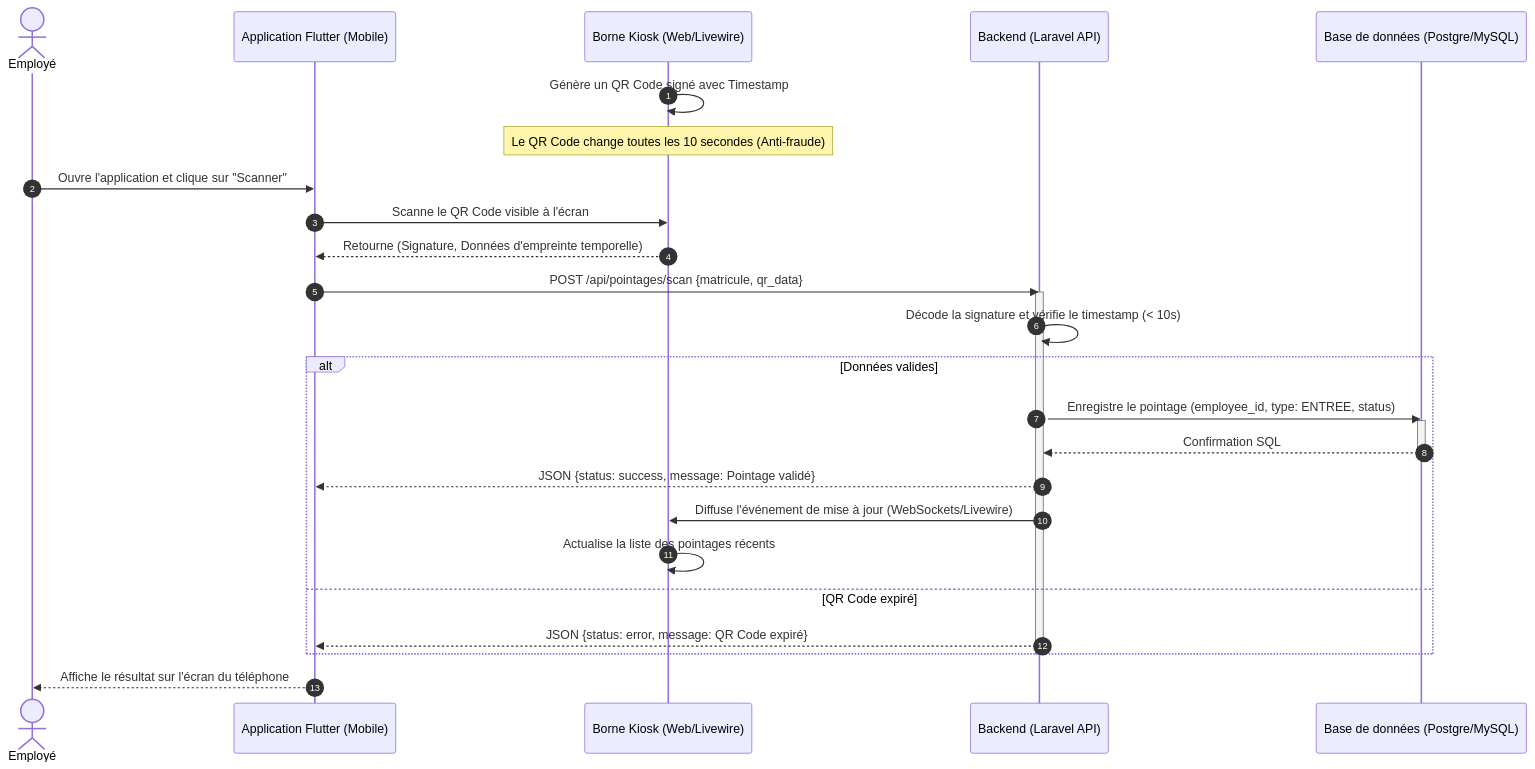
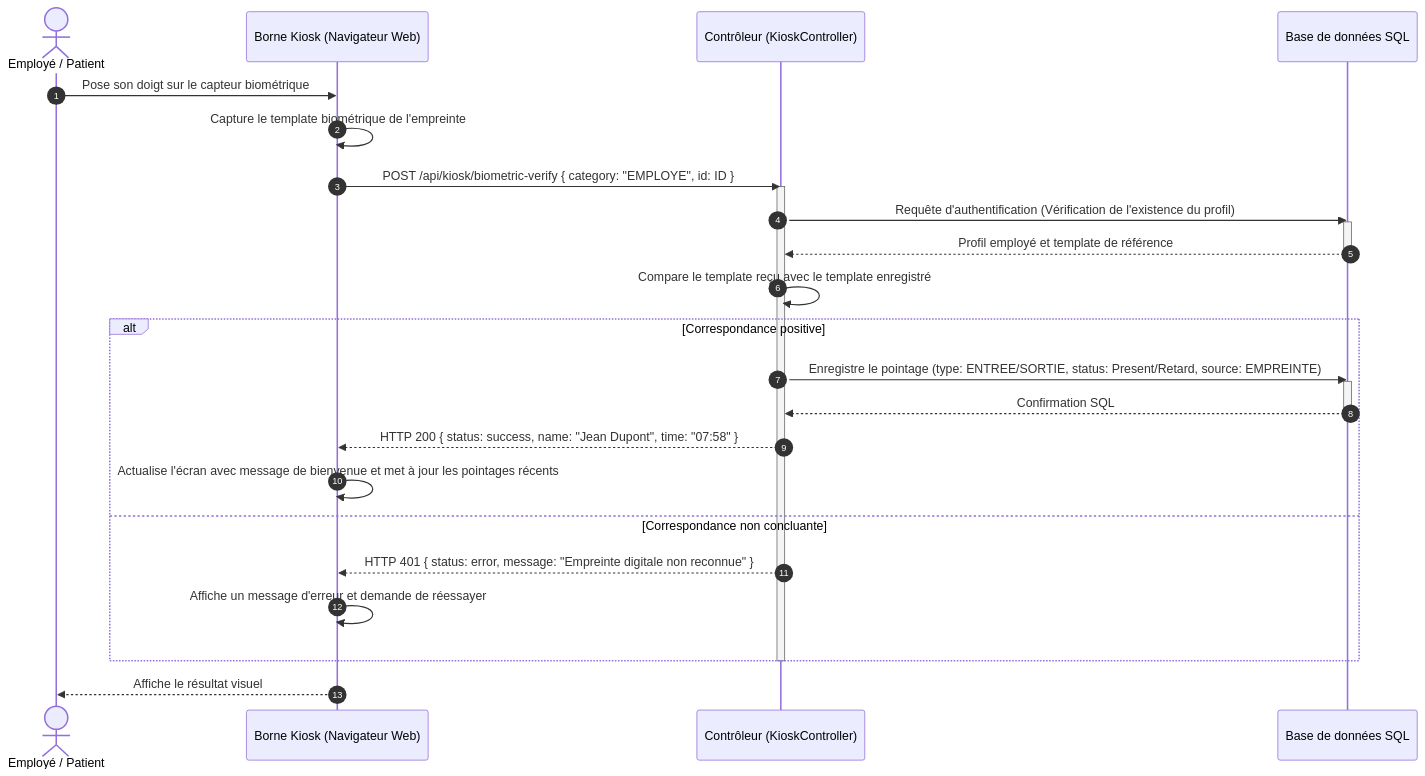
Before and after one commit to Evrad15/C.H.R.A.C.E.R.H: the third of 14 diagrams in rapport_de_stage_diagrammes.md, drawn with Mermaid. The commit also changed other lines of this file and 19 other files, not shown here.

Commit message:
docs: update project README and documentation with comprehensive architectural diagrams and feature specifications

````diff
--- a/rapport_de_stage_diagrammes.md
+++ b/rapport_de_stage_diagrammes.md
@@ -104,32 +112,34 @@
 ```mermaid
 sequenceDiagram
     autonumber
-    actor Employe as Employé
-    participant Mobile as Application Flutter (Mobile)
-    participant Kiosk as Borne Kiosk (Web/Livewire)
-    participant API as Backend (Laravel API)
-    participant DB as Base de données (Postgre/MySQL)
+    actor Employe as Employé / Patient
+    participant Kiosk as Borne Kiosk (Navigateur Web)
+    participant API as Contrôleur (KioskController)
+    participant DB as Base de données SQL
 
-    Kiosk->>Kiosk: Génère un QR Code signé avec Timestamp
-    Note over Kiosk: Le QR Code change toutes les 10 secondes (Anti-fraude)
-    Employe->>Mobile: Ouvre l'application et clique sur "Scanner"
-    Mobile->>Kiosk: Scanne le QR Code visible à l'écran
-    Kiosk-->>Mobile: Retourne (Signature, Données d'empreinte temporelle)
-    Mobile->>API: POST /api/pointages/scan {matricule, qr_data}
+    Employe->>Kiosk: Pose son doigt sur le capteur biométrique
+    Kiosk->>Kiosk: Capture le template biométrique de l'empreinte
+    Kiosk->>API: POST /api/kiosk/biometric-verify { category: "EMPLOYE", id: ID }
     activate API
-    API->>API: Décode la signature et vérifie le timestamp (< 10s)
+
+    API->>DB: Requête d'authentification (Vérification de l'existence du profil)
+    activate DB
+    DB-->>API: Profil employé et template de référence
+    deactivate DB
+
+    API->>API: Compare le template reçu avec le template enregistré
     
-    alt Données valides
-        API->>DB: Enregistre le pointage (employee_id, type: ENTREE, status)
+    alt Correspondance positive
+        API->>DB: Enregistre le pointage (type: ENTREE/SORTIE, status: Present/Retard, source: EMPREINTE)
         activate DB
         DB-->>API: Confirmation SQL
         deactivate DB
-        API-->>Mobile: JSON {status: success, message: Pointage validé}
-        API->>Kiosk: Diffuse l'événement de mise à jour (WebSockets/Livewire)
-        Kiosk->>Kiosk: Actualise la liste des pointages récents
-    else QR Code expiré
-        API-->>Mobile: JSON {status: error, message: QR Code expiré}
+        API-->>Kiosk: HTTP 200 { status: success, name: "Jean Dupont", time: "07:58" }
+        Kiosk->>Kiosk: Actualise l'écran avec message de bienvenue et met à jour les pointages récents
+    else Correspondance non concluante
+        API-->>Kiosk: HTTP 401 { status: error, message: "Empreinte digitale non reconnue" }
+        Kiosk->>Kiosk: Affiche un message d'erreur et demande de réessayer
     end
     deactivate API
-    Mobile-->>Employe: Affiche le résultat sur l'écran du téléphone
+    Kiosk-->>Employe: Affiche le résultat visuel
 ```
````
